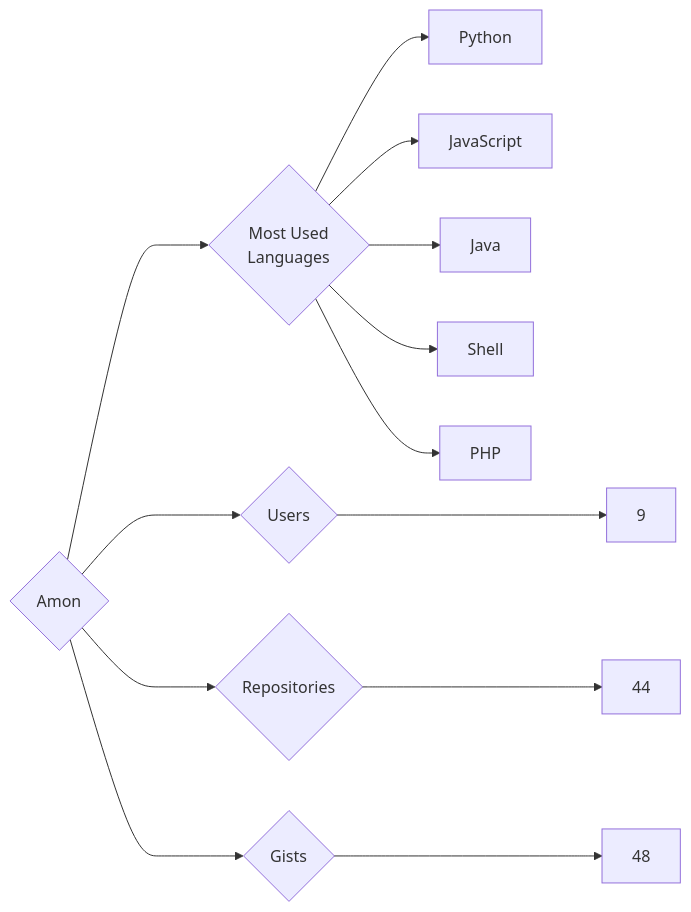
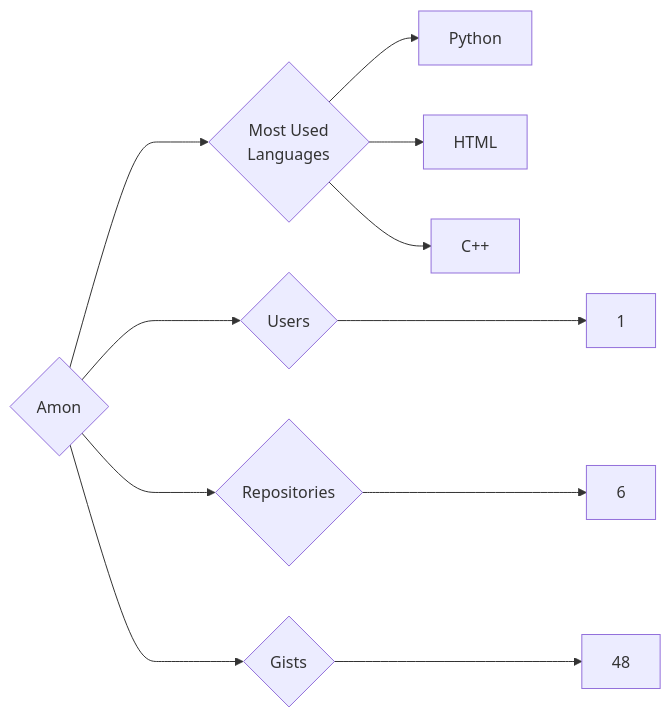
Before and after one commit to trickest/insiders: the diagram in targets/Amon/README.md, drawn with Mermaid. The commit also changed 955 other files, not shown here.

````diff
--- a/targets/Amon/README.md
+++ b/targets/Amon/README.md
@@ -3,13 +3,11 @@
 ```mermaid
 graph LR
 COMPANY_NAME{Amon}
-COMPANY_NAME ---> U{Users} ---> UN[9]
-COMPANY_NAME ---> R{Repositories} ---> RN[44]
+COMPANY_NAME ---> U{Users} ---> UN[1]
+COMPANY_NAME ---> R{Repositories} ---> RN[6]
 COMPANY_NAME ---> G{Gists} ---> GN[48]
 COMPANY_NAME ---> ML{Most Used<br>Languages}
 ML --> Python[Python]
-ML --> JavaScript[JavaScript]
-ML --> Java[Java]
-ML --> Shell[Shell]
-ML --> PHP[PHP]
+ML --> HTML[HTML]
+ML --> C++[C++]
 ```
````
